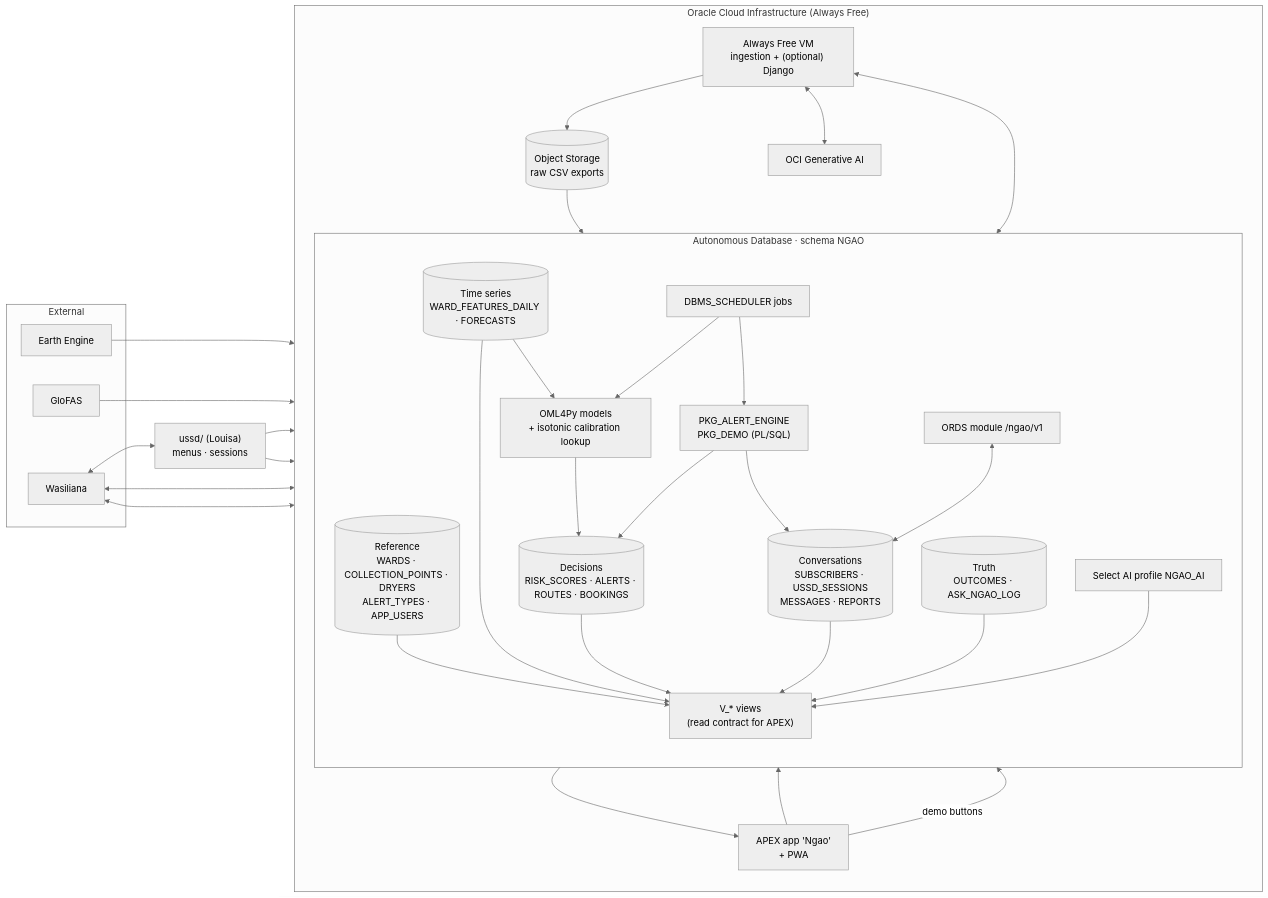
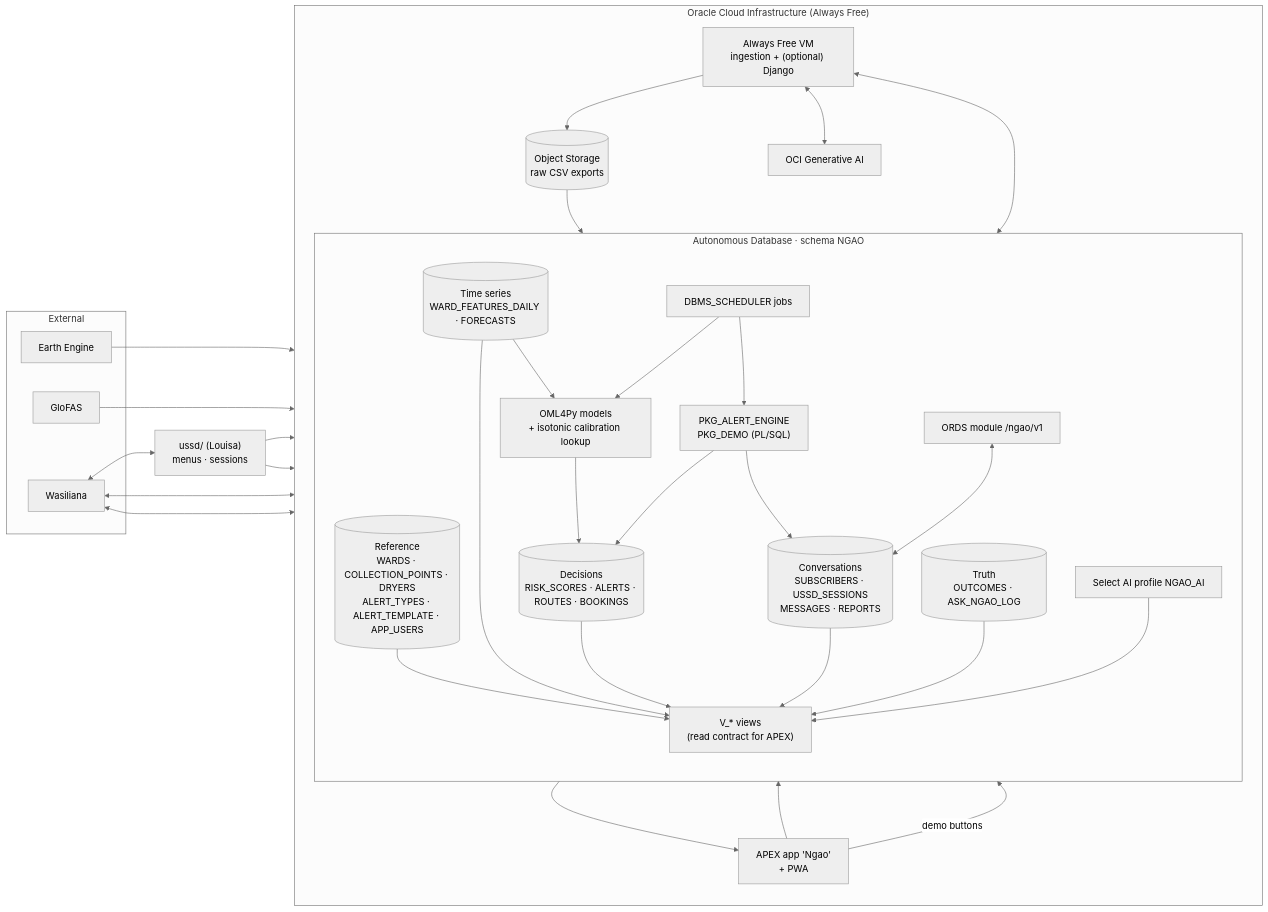
The second of 8 diagrams in docs/ARCHITECTURE.md (ChristopherKiokoStrathmore/DrainSense-Global), drawn with Mermaid (neutral theme) before and after one commit. The commit also changed other lines of this file and 7 other files, not shown here.

````diff
--- a/docs/ARCHITECTURE.md
+++ b/docs/ARCHITECTURE.md
@@ -68,50 +69,50 @@
 ```mermaid
 flowchart LR
   subgraph OCI["Oracle Cloud Infrastructure (Always Free)"]
     direction TB
     subgraph ADB["Autonomous Database · schema NGAO"]
       direction TB
-      T1[("Reference<br/>WARDS · COLLECTION_POINTS · DRYERS<br/>ALERT_TYPES · APP_USERS")]
+      T1[("Reference<br/>WARDS · COLLECTION_POINTS · DRYERS<br/>ALERT_TYPES · ALERT_TEMPLATE · APP_USERS")]
       T2[("Time series<br/>WARD_FEATURES_DAILY · FORECASTS")]
       T3[("Decisions<br/>RISK_SCORES · ALERTS · ROUTES · BOOKINGS")]
       T4[("Conversations<br/>SUBSCRIBERS · USSD_SESSIONS<br/>MESSAGES · REPORTS")]
       T5[("Truth<br/>OUTCOMES · ASK_NGAO_LOG")]
       V["V_* views<br/>(read contract for APEX)"]
       OML["OML4Py models<br/>+ isotonic calibration lookup"]
       PLSQL["PKG_ALERT_ENGINE<br/>PKG_DEMO (PL/SQL)"]
       SCHED["DBMS_SCHEDULER jobs"]
       SAI["Select AI profile NGAO_AI"]
       ORDSN["ORDS module /ngao/v1"]
     end
     APEXN["APEX app 'Ngao'<br/>+ PWA"]
     GENAI["OCI Generative AI"]
     OSTORE[("Object Storage<br/>raw CSV exports")]
     VM["Always Free VM<br/>ingestion + (optional) Django"]
   end
   subgraph EXT["External"]
     GEE["Earth Engine"]
     EWDS["GloFAS"]
     WA["Wasiliana"]
   end
   USSDAPP["ussd/ (Louisa)<br/>menus · sessions"]
 
   GEE --> VM --> OSTORE --> T2
   EWDS --> VM
   T2 --> OML --> T3
   SCHED --> OML
   SCHED --> PLSQL
   PLSQL --> T3
   PLSQL --> T4
   T1 & T2 & T3 & T4 & T5 --> V
   V --> APEXN
   APEXN --> SAI --> V
   APEXN -- "demo buttons" --> PLSQL
   WA <--> USSDAPP
   WA <--> VM
   USSDAPP --> VM
   WA <--> ORDSN
   VM <--> T4
   USSDAPP --> T4
   ORDSN <--> T4
   VM <--> GENAI
 ```
````
